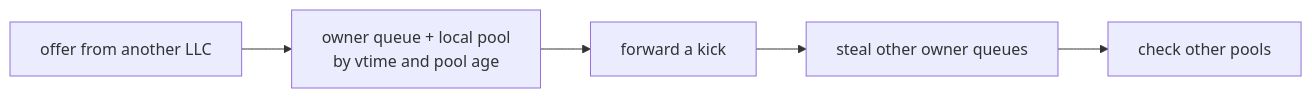
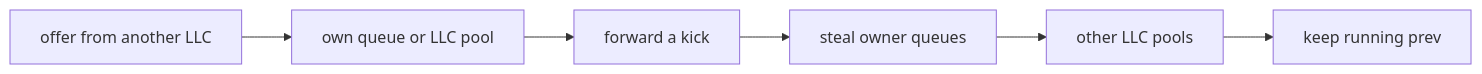
Before and after one commit to RitzDaCat/scx: the third of 5 diagrams in scheds/rust/scx_cake/DESIGN.md, drawn with Mermaid. The commit also changed other lines of this file and 11 other files, not shown here.

````diff
--- a/scheds/rust/scx_cake/DESIGN.md
+++ b/scheds/rust/scx_cake/DESIGN.md
@@ -79,4 +109,4 @@
 ```mermaid
 flowchart LR
-    A[offer from another LLC] --> B[owner queue + local pool<br/>by vtime and pool age] --> C[forward a kick] --> D[steal other owner queues] --> E[check other pools]
+    A[offer from another LLC] --> B[own queue or LLC pool] --> C[forward a kick] --> D[steal owner queues] --> E[other LLC pools] --> F[keep running prev]
 ```
````
